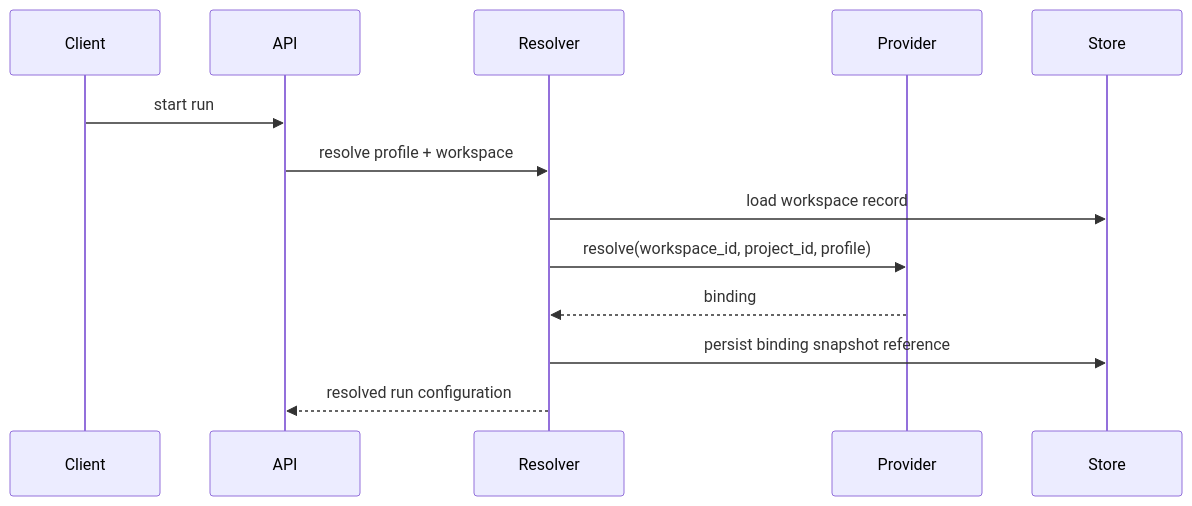
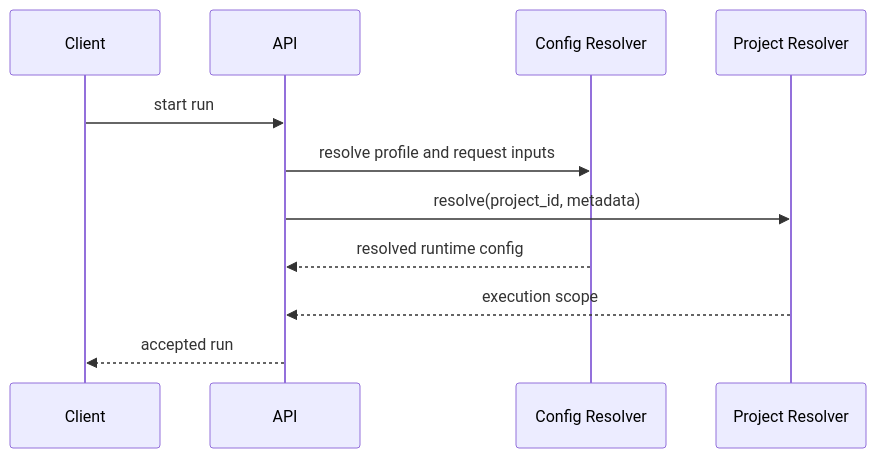
The second of 2 diagrams in packages/ya-claw/spec/01-configuration-and-workspace-provider.md (Wh1isper/ya-mono), drawn with Mermaid before and after one commit. The commit also changed other lines of this file and 28 other files, not shown here.

````diff
--- a/packages/ya-claw/spec/01-configuration-and-workspace-provider.md
+++ b/packages/ya-claw/spec/01-configuration-and-workspace-provider.md
@@ -127,16 +103,14 @@
 ```mermaid
 sequenceDiagram
     participant Client
     participant API
-    participant Resolver
-    participant Provider
-    participant Store
+    participant CFG as Config Resolver
+    participant PROJ as Project Resolver
 
     Client->>API: start run
-    API->>Resolver: resolve profile + workspace
-    Resolver->>Store: load workspace record
-    Resolver->>Provider: resolve(workspace_id, project_id, profile)
-    Provider-->>Resolver: binding
-    Resolver->>Store: persist binding snapshot reference
-    Resolver-->>API: resolved run configuration
+    API->>CFG: resolve profile and request inputs
+    API->>PROJ: resolve(project_id, metadata)
+    CFG-->>API: resolved runtime config
+    PROJ-->>API: execution scope
+    API-->>Client: accepted run
 ```
````
